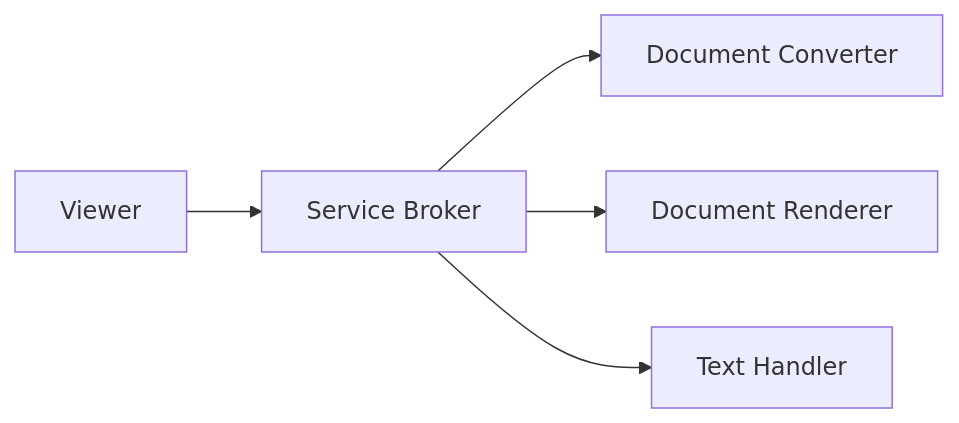
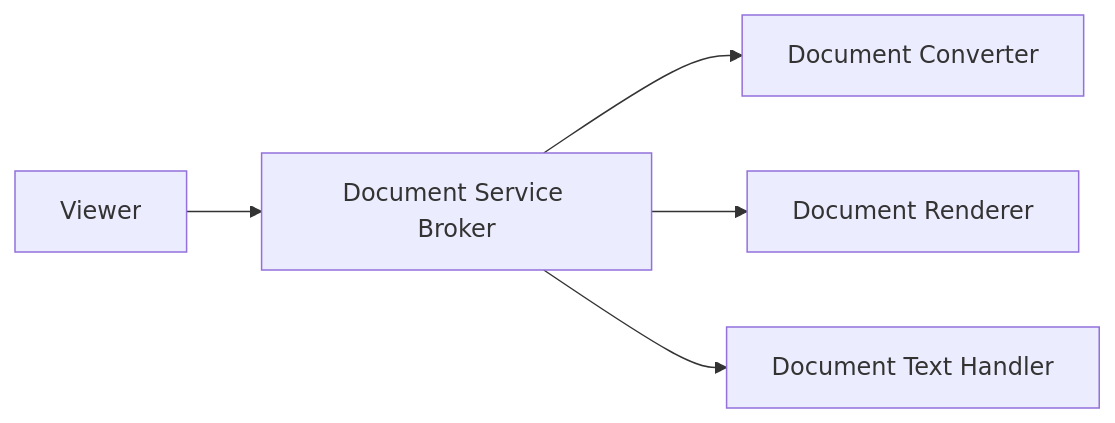
Before and after one commit to Uxopian/uxodocs: the diagram in docs/arender/overview/index.classic.md, drawn with Mermaid. The commit also changed other lines of this file and 34 other files, not shown here.

````diff
--- a/docs/arender/overview/index.classic.md
+++ b/docs/arender/overview/index.classic.md
@@ -51,7 +51,7 @@
 ```mermaid
 graph LR
-    Client["Viewer"] --> Broker["Service Broker"]
+    Client["Viewer"] --> Broker["Document Service Broker"]
     Broker --> Converter["Document Converter"]
     Broker --> Renderer["Document Renderer"]
-    Broker --> TextHandler["Text Handler"]
+    Broker --> TextHandler["Document Text Handler"]
 ```
````
